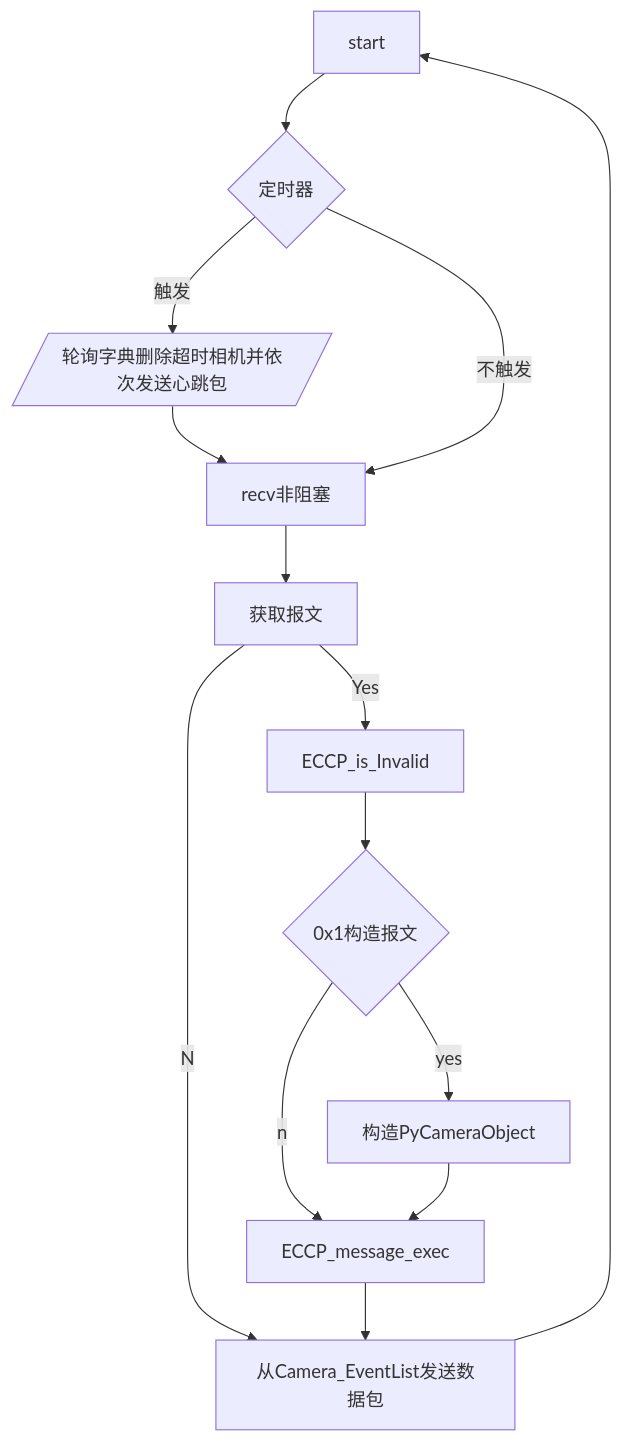
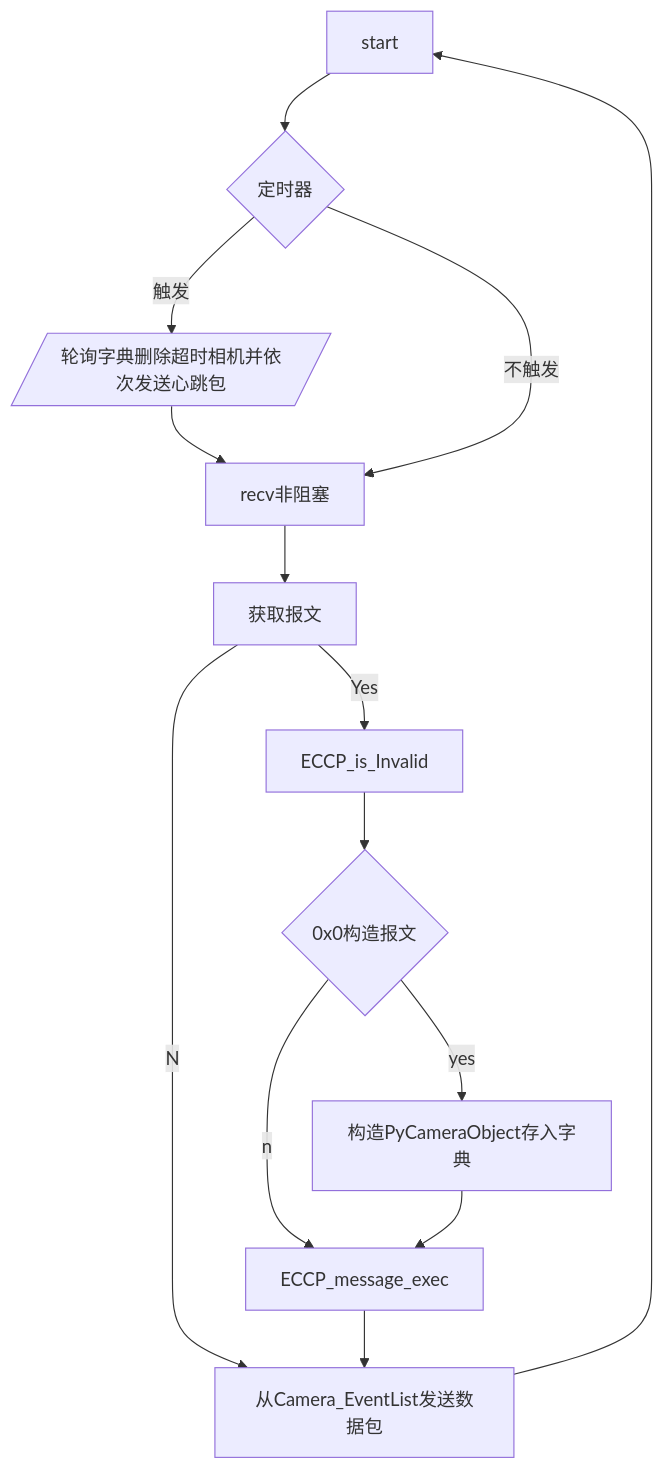
One commit to brick5322/pyeccp changed the second of 2 diagrams in 基于UDP的相机控制协议.md. Above: the diagram before and after it, drawn with Mermaid. The commit also changed other lines of this file and 4 other files, not shown here.

````diff
--- a/基于UDP的相机控制协议.md
+++ b/基于UDP的相机控制协议.md
@@ -207,16 +223,16 @@
 ```mermaid
 graph TB;
 	start-->if1{定时器};
 	if1--触发-->心跳包[/轮询字典删除超时相机并依次发送心跳包/];
 	心跳包-->recv非阻塞;
 	if1--不触发-->recv非阻塞;
 	recv非阻塞-->获取报文;
 	获取报文--Yes-->ECCP_is_Invalid;
-	ECCP_is_Invalid-->0x1{0x1构造报文};
+	ECCP_is_Invalid-->0x1{0x0构造报文};
 	0x1--no-->ECCP_message_exec;
-	0x1--yes-->构造PyCameraObject;
-	构造PyCameraObject-->ECCP_message_exec;
+	0x1--yes-->构造PyCameraObject存入字典;
+	构造PyCameraObject存入字典-->ECCP_message_exec;
 	获取报文--No-->从Camera_EventList发送数据包;
 	ECCP_message_exec-->从Camera_EventList发送数据包;
 	从Camera_EventList发送数据包-->start;
 ```
````
